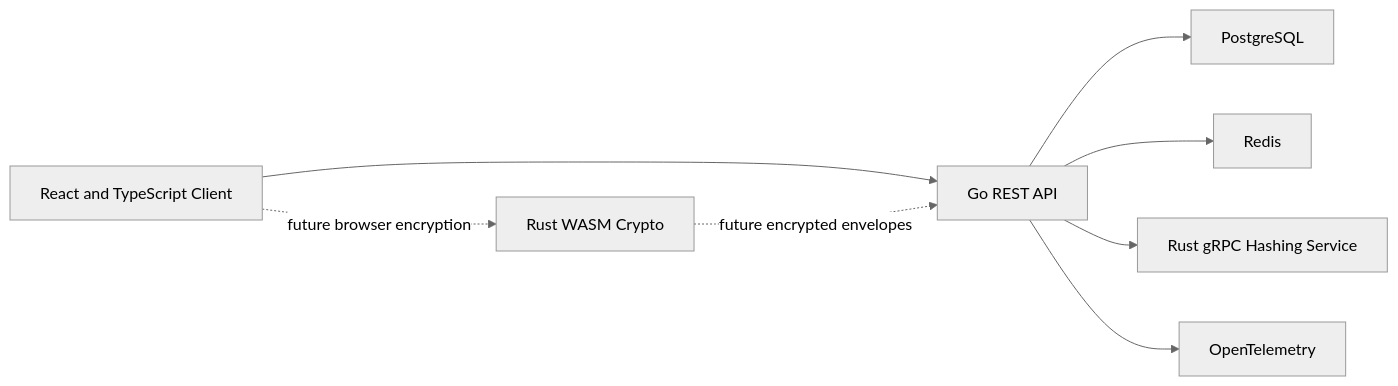
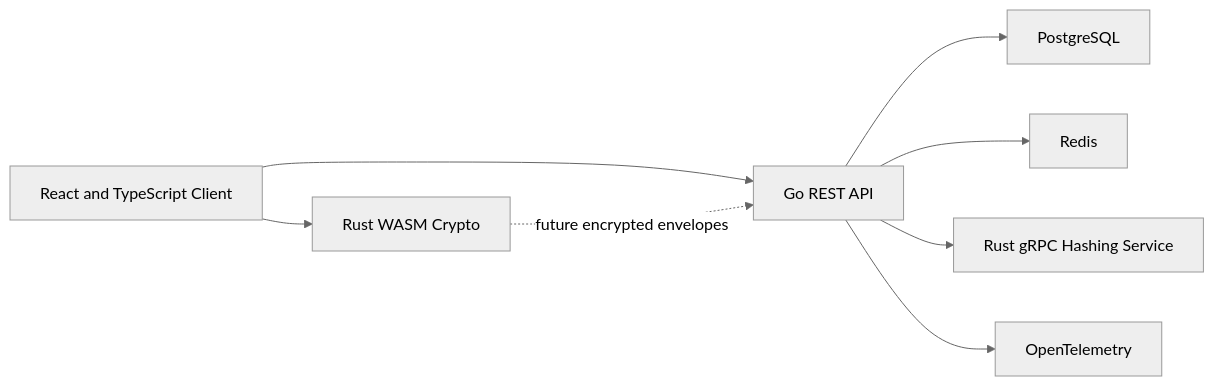
The diagram in README.md (martinrgarciap/vaultforge), drawn with Mermaid (neutral theme) before and after one commit. The commit also changed other lines of this file and 19 other files, not shown here.

Commit message:
Wire crypto WASM provider

````diff
--- a/README.md
+++ b/README.md
@@ -15,10 +15,10 @@
 ```mermaid
 graph LR
     B["React and TypeScript Client"] --> A["Go REST API"]
     A --> P["PostgreSQL"]
     A --> R["Redis"]
-    B -. "future browser encryption" .-> W["Rust WASM Crypto"]
+    B --> W["Rust WASM Crypto"]
     W -. "future encrypted envelopes" .-> A
     A --> H["Rust gRPC Hashing Service"]
     A --> O["OpenTelemetry"]
 ```
````
